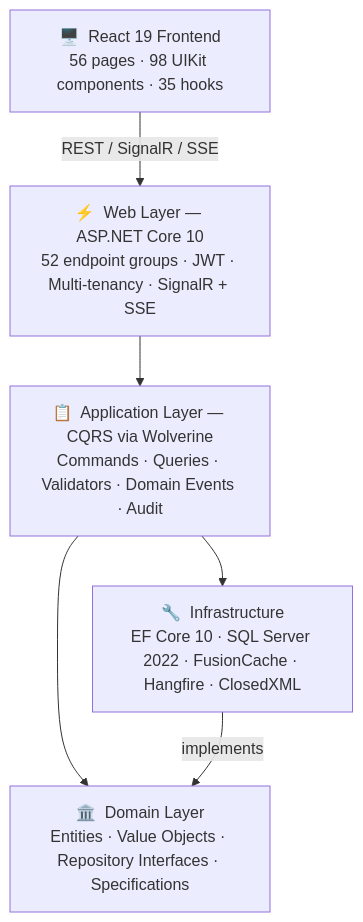
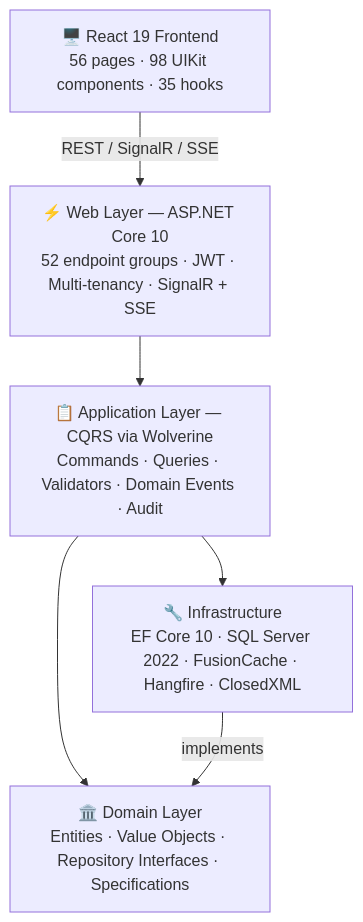
One commit to developeramarish/NOIR changed the diagram in README.md. Above: the diagram before and after it, drawn with Mermaid.

Commit message:
fix(readme): replace \n with <br/> in Mermaid node labels

````diff
--- a/README.md
+++ b/README.md
@@ -40,14 +40,14 @@
 ```mermaid
 flowchart TB
-    FE["🖥️  React 19 Frontend\n56 pages · 98 UIKit components · 35 hooks"]
-    WEB["⚡  Web Layer — ASP.NET Core 10\n52 endpoint groups · JWT · Multi-tenancy · SignalR + SSE"]
-    APP["📋  Application Layer — CQRS via Wolverine\nCommands · Queries · Validators · Domain Events · Audit"]
-    DOM["🏛️  Domain Layer\nEntities · Value Objects · Repository Interfaces · Specifications"]
-    INF["🔧  Infrastructure\nEF Core 10 · SQL Server 2022 · FusionCache · Hangfire · ClosedXML"]
+    FE["🖥️ React 19 Frontend<br/>56 pages · 98 UIKit components · 35 hooks"]
+    WEB["⚡ Web Layer — ASP.NET Core 10<br/>52 endpoint groups · JWT · Multi-tenancy · SignalR + SSE"]
+    APP["📋 Application Layer — CQRS via Wolverine<br/>Commands · Queries · Validators · Domain Events · Audit"]
+    DOM["🏛️ Domain Layer<br/>Entities · Value Objects · Repository Interfaces · Specifications"]
+    INF["🔧 Infrastructure<br/>EF Core 10 · SQL Server 2022 · FusionCache · Hangfire · ClosedXML"]
 
     FE -->|REST / SignalR / SSE| WEB
     WEB --> APP
     APP --> DOM
     APP --> INF
     INF -->|implements| DOM
 ```
````
